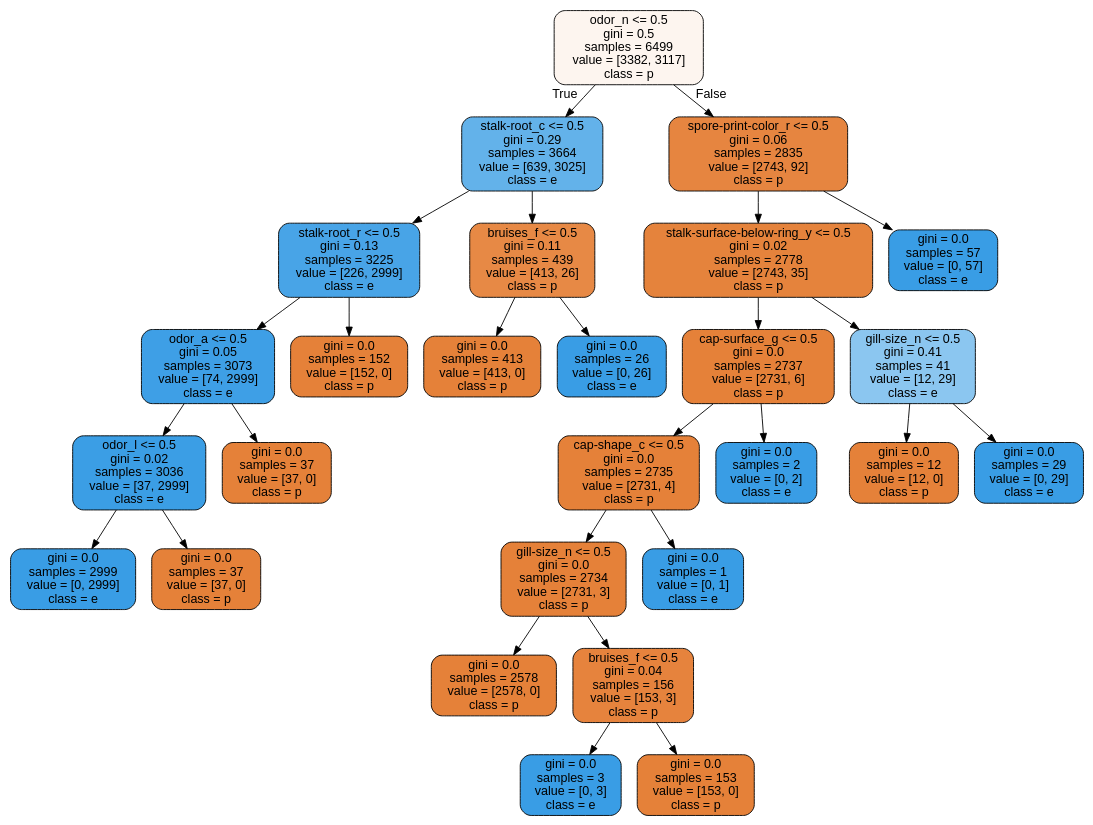
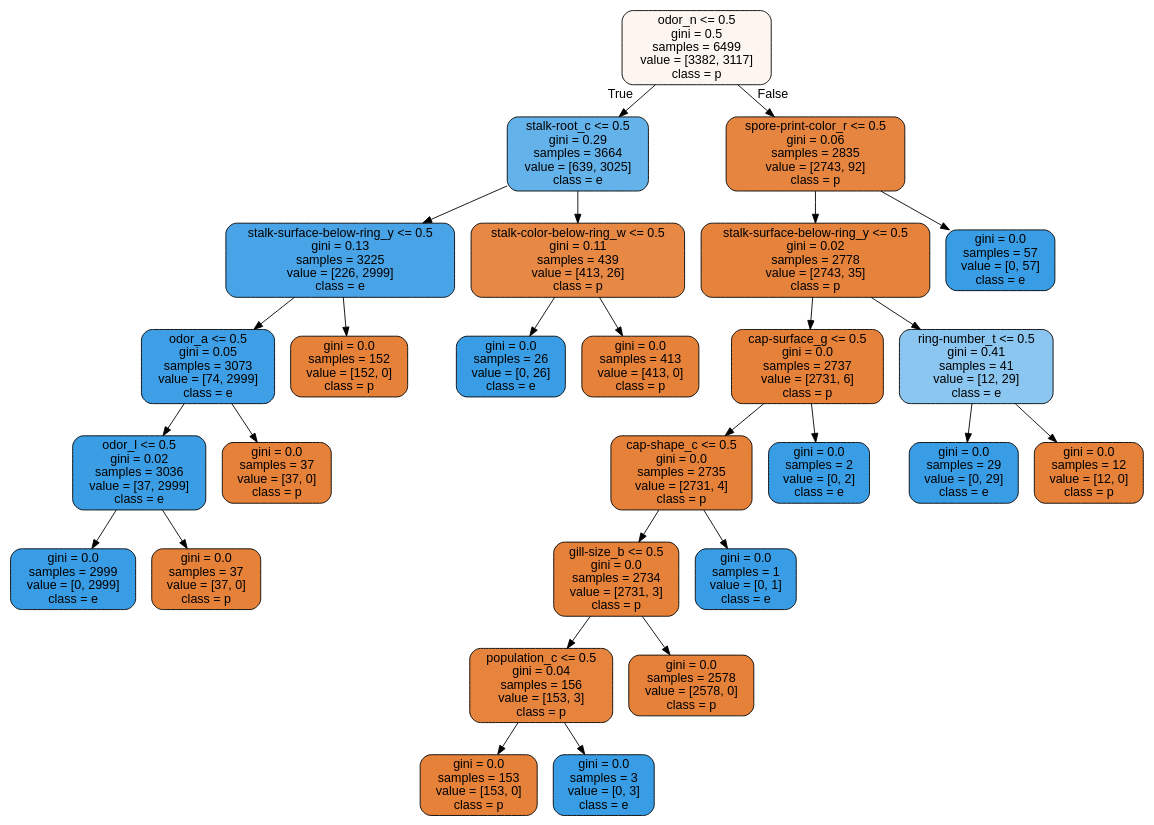
The diagram in decision_trees_assignment_4/notebooks/tree1.dot (radroid/ml-algorithms-assignments), drawn with Graphviz before and after one commit. The commit also changed 2 other files, not shown here.

```diff
--- a/decision_trees_assignment_4/notebooks/tree1.dot
+++ b/decision_trees_assignment_4/notebooks/tree1.dot
@@ -1,57 +1,57 @@
 digraph Tree {
 node [shape=box, style="filled, rounded", color="black", fontname=helvetica] ;
 edge [fontname=helvetica] ;
 0 [label="odor_n <= 0.5\ngini = 0.5\nsamples = 6499\nvalue = [3382, 3117]\nclass = p", fillcolor="#fdf5ef"] ;
 1 [label="stalk-root_c <= 0.5\ngini = 0.29\nsamples = 3664\nvalue = [639, 3025]\nclass = e", fillcolor="#63b2ea"] ;
 0 -> 1 [labeldistance=2.5, labelangle=45, headlabel="True"] ;
-2 [label="stalk-root_r <= 0.5\ngini = 0.13\nsamples = 3225\nvalue = [226, 2999]\nclass = e", fillcolor="#48a4e7"] ;
+2 [label="stalk-surface-below-ring_y <= 0.5\ngini = 0.13\nsamples = 3225\nvalue = [226, 2999]\nclass = e", fillcolor="#48a4e7"] ;
 1 -> 2 ;
 3 [label="odor_a <= 0.5\ngini = 0.05\nsamples = 3073\nvalue = [74, 2999]\nclass = e", fillcolor="#3e9fe6"] ;
 2 -> 3 ;
 4 [label="odor_l <= 0.5\ngini = 0.02\nsamples = 3036\nvalue = [37, 2999]\nclass = e", fillcolor="#3b9ee5"] ;
 3 -> 4 ;
 5 [label="gini = 0.0\nsamples = 2999\nvalue = [0, 2999]\nclass = e", fillcolor="#399de5"] ;
 4 -> 5 ;
 6 [label="gini = 0.0\nsamples = 37\nvalue = [37, 0]\nclass = p", fillcolor="#e58139"] ;
 4 -> 6 ;
 7 [label="gini = 0.0\nsamples = 37\nvalue = [37, 0]\nclass = p", fillcolor="#e58139"] ;
 3 -> 7 ;
 8 [label="gini = 0.0\nsamples = 152\nvalue = [152, 0]\nclass = p", fillcolor="#e58139"] ;
 2 -> 8 ;
-9 [label="bruises_f <= 0.5\ngini = 0.11\nsamples = 439\nvalue = [413, 26]\nclass = p", fillcolor="#e78945"] ;
+9 [label="stalk-color-below-ring_w <= 0.5\ngini = 0.11\nsamples = 439\nvalue = [413, 26]\nclass = p", fillcolor="#e78945"] ;
 1 -> 9 ;
-10 [label="gini = 0.0\nsamples = 413\nvalue = [413, 0]\nclass = p", fillcolor="#e58139"] ;
+10 [label="gini = 0.0\nsamples = 26\nvalue = [0, 26]\nclass = e", fillcolor="#399de5"] ;
 9 -> 10 ;
-11 [label="gini = 0.0\nsamples = 26\nvalue = [0, 26]\nclass = e", fillcolor="#399de5"] ;
+11 [label="gini = 0.0\nsamples = 413\nvalue = [413, 0]\nclass = p", fillcolor="#e58139"] ;
 9 -> 11 ;
 12 [label="spore-print-color_r <= 0.5\ngini = 0.06\nsamples = 2835\nvalue = [2743, 92]\nclass = p", fillcolor="#e68540"] ;
 0 -> 12 [labeldistance=2.5, labelangle=-45, headlabel="False"] ;
 13 [label="stalk-surface-below-ring_y <= 0.5\ngini = 0.02\nsamples = 2778\nvalue = [2743, 35]\nclass = p", fillcolor="#e5833c"] ;
 12 -> 13 ;
 14 [label="cap-surface_g <= 0.5\ngini = 0.0\nsamples = 2737\nvalue = [2731, 6]\nclass = p", fillcolor="#e58139"] ;
 13 -> 14 ;
 15 [label="cap-shape_c <= 0.5\ngini = 0.0\nsamples = 2735\nvalue = [2731, 4]\nclass = p", fillcolor="#e58139"] ;
 14 -> 15 ;
-16 [label="gill-size_n <= 0.5\ngini = 0.0\nsamples = 2734\nvalue = [2731, 3]\nclass = p", fillcolor="#e58139"] ;
+16 [label="gill-size_b <= 0.5\ngini = 0.0\nsamples = 2734\nvalue = [2731, 3]\nclass = p", fillcolor="#e58139"] ;
 15 -> 16 ;
-17 [label="gini = 0.0\nsamples = 2578\nvalue = [2578, 0]\nclass = p", fillcolor="#e58139"] ;
+17 [label="population_c <= 0.5\ngini = 0.04\nsamples = 156\nvalue = [153, 3]\nclass = p", fillcolor="#e6833d"] ;
 16 -> 17 ;
-18 [label="bruises_f <= 0.5\ngini = 0.04\nsamples = 156\nvalue = [153, 3]\nclass = p", fillcolor="#e6833d"] ;
-16 -> 18 ;
+18 [label="gini = 0.0\nsamples = 153\nvalue = [153, 0]\nclass = p", fillcolor="#e58139"] ;
+17 -> 18 ;
 19 [label="gini = 0.0\nsamples = 3\nvalue = [0, 3]\nclass = e", fillcolor="#399de5"] ;
-18 -> 19 ;
-20 [label="gini = 0.0\nsamples = 153\nvalue = [153, 0]\nclass = p", fillcolor="#e58139"] ;
-18 -> 20 ;
+17 -> 19 ;
+20 [label="gini = 0.0\nsamples = 2578\nvalue = [2578, 0]\nclass = p", fillcolor="#e58139"] ;
+16 -> 20 ;
 21 [label="gini = 0.0\nsamples = 1\nvalue = [0, 1]\nclass = e", fillcolor="#399de5"] ;
 15 -> 21 ;
 22 [label="gini = 0.0\nsamples = 2\nvalue = [0, 2]\nclass = e", fillcolor="#399de5"] ;
 14 -> 22 ;
-23 [label="gill-size_n <= 0.5\ngini = 0.41\nsamples = 41\nvalue = [12, 29]\nclass = e", fillcolor="#8bc6f0"] ;
+23 [label="ring-number_t <= 0.5\ngini = 0.41\nsamples = 41\nvalue = [12, 29]\nclass = e", fillcolor="#8bc6f0"] ;
 13 -> 23 ;
-24 [label="gini = 0.0\nsamples = 12\nvalue = [12, 0]\nclass = p", fillcolor="#e58139"] ;
+24 [label="gini = 0.0\nsamples = 29\nvalue = [0, 29]\nclass = e", fillcolor="#399de5"] ;
 23 -> 24 ;
-25 [label="gini = 0.0\nsamples = 29\nvalue = [0, 29]\nclass = e", fillcolor="#399de5"] ;
+25 [label="gini = 0.0\nsamples = 12\nvalue = [12, 0]\nclass = p", fillcolor="#e58139"] ;
 23 -> 25 ;
 26 [label="gini = 0.0\nsamples = 57\nvalue = [0, 57]\nclass = e", fillcolor="#399de5"] ;
 12 -> 26 ;
 }
```
